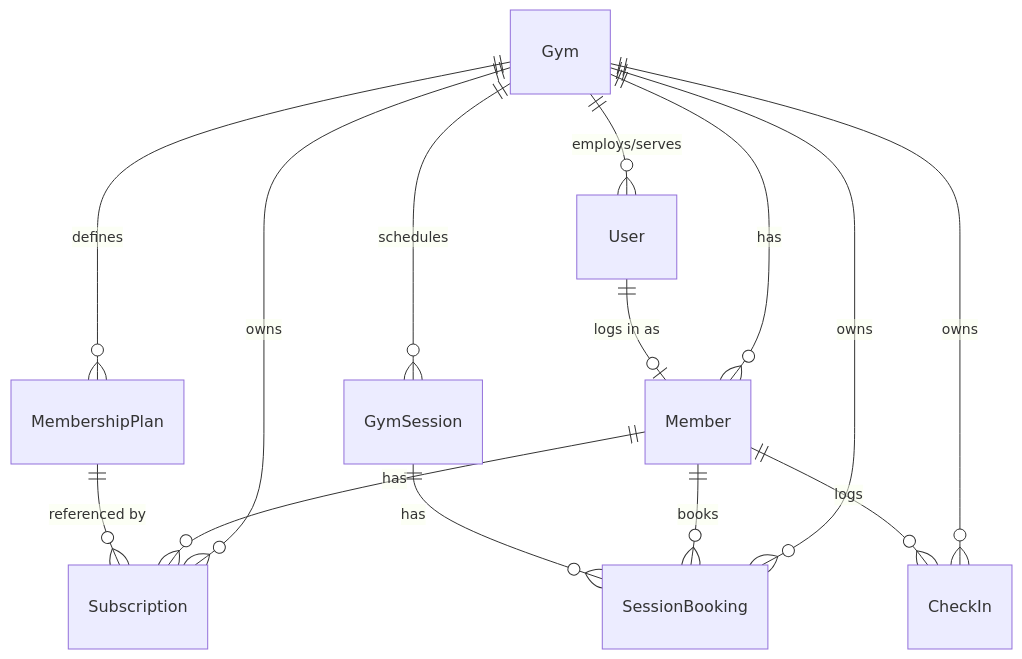
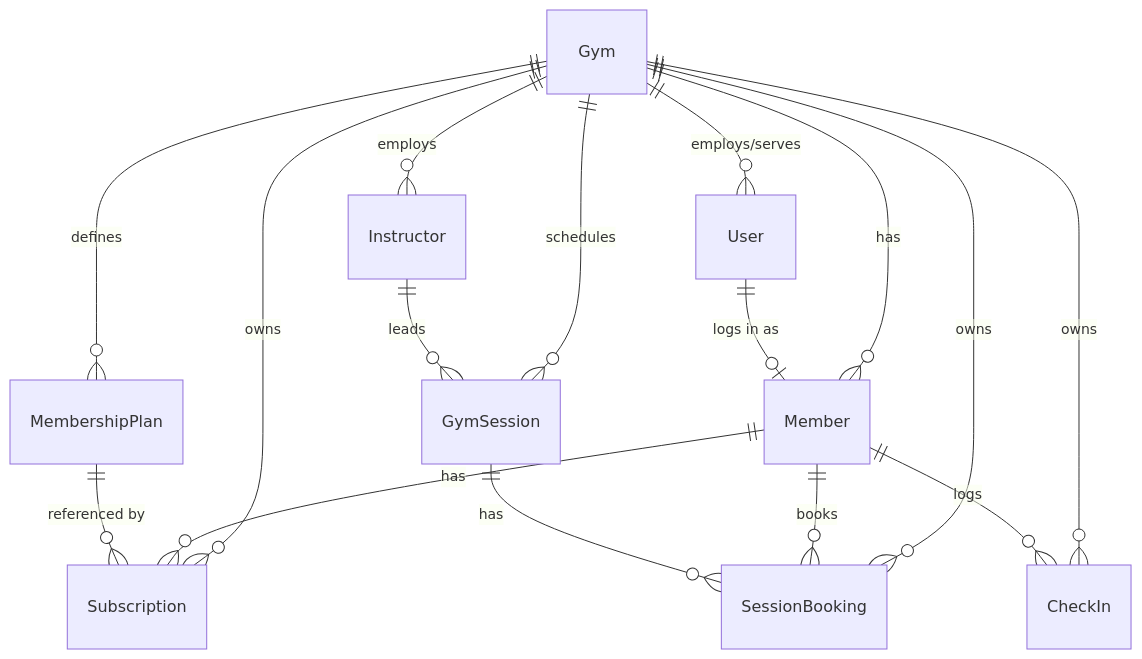
Before and after one commit to chrisshaddad/bootcamp-starter: the diagram in docs/schema-overview.md, drawn with Mermaid. The commit also changed other lines of this file and 5 other files, not shown here.

Commit message:
docs: update progress logs, schema overview, and plan for Phase 0 gym rename

````diff
--- a/docs/schema-overview.md
+++ b/docs/schema-overview.md
@@ -9,20 +9,23 @@
 ```mermaid
 erDiagram
     Gym ||--o{ Member : "has"
     Gym ||--o{ MembershipPlan : "defines"
     Gym ||--o{ Subscription : "owns"
+    Gym ||--o{ Instructor : "employs"
     Gym ||--o{ GymSession : "schedules"
     Gym ||--o{ SessionBooking : "owns"
     Gym ||--o{ CheckIn : "owns"
     Gym ||--o{ User : "employs/serves"
 
     User ||--o| Member : "logs in as"
 
     Member ||--o{ Subscription : "has"
     Member ||--o{ SessionBooking : "books"
     Member ||--o{ CheckIn : "logs"
 
     MembershipPlan ||--o{ Subscription : "referenced by"
 
+    Instructor ||--o{ GymSession : "leads"
+
     GymSession ||--o{ SessionBooking : "has"
 ```
````
